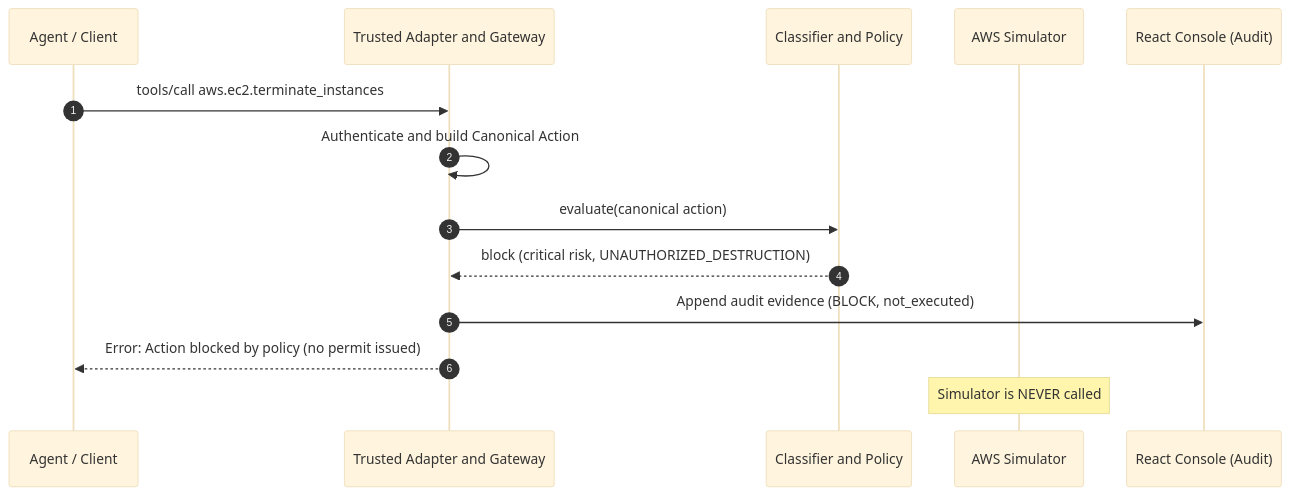
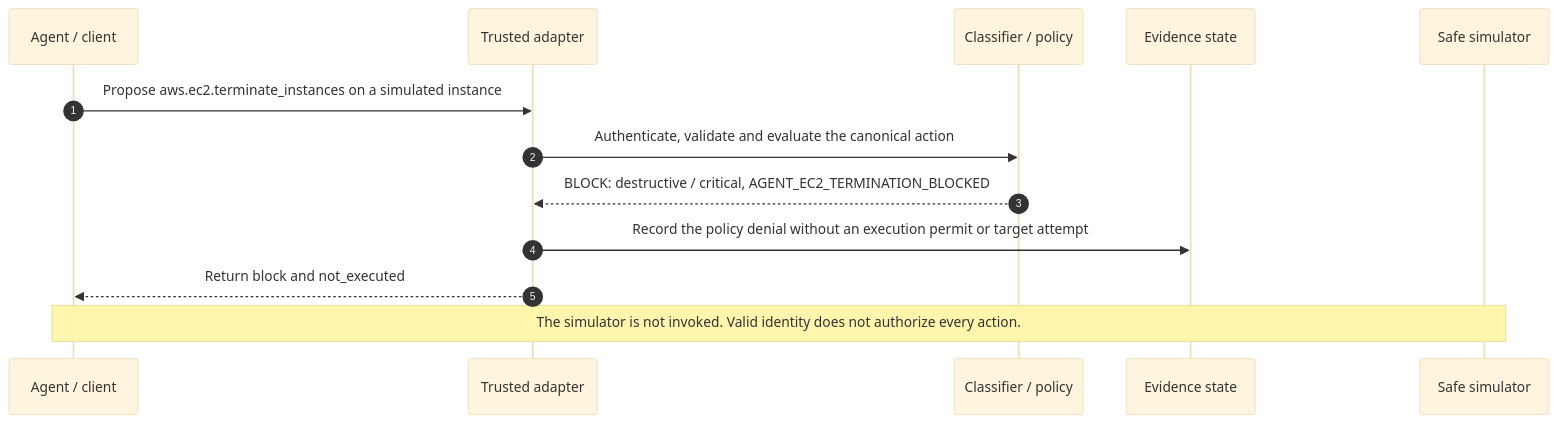
One commit to hemantkgupta/tracepermit changed the third of 10 diagrams in site/guide/core-flows.md. Above: the diagram before and after it, drawn with Mermaid (base theme). The commit also changed other lines of this file and 25 other files, not shown here.

Commit message:
docs: align nine action flows with verified runtime boundaries

````diff
--- a/site/guide/core-flows.md
+++ b/site/guide/core-flows.md
@@ -191,17 +174,15 @@
 ```mermaid
 sequenceDiagram
   autonumber
-  participant Agent as Agent / Client
-  participant Gateway as Trusted Adapter and Gateway
-  participant Policy as Classifier and Policy
-  participant Simulator as AWS Simulator
-  participant Console as React Console (Audit)
-
-  Agent->>Gateway: tools/call aws.ec2.terminate_instances
-  Gateway->>Gateway: Authenticate and build Canonical Action
-  Gateway->>Policy: evaluate(canonical action)
-  Policy-->>Gateway: block (critical risk, UNAUTHORIZED_DESTRUCTION)
-  Gateway->>Console: Append audit evidence (BLOCK, not_executed)
-  Gateway-->>Agent: Error: Action blocked by policy (no permit issued)
-  Note over Simulator: Simulator is NEVER called
+  participant C as Agent / client
+  participant G as Trusted adapter
+  participant P as Classifier / policy
+  participant D as Evidence state
+  participant S as Safe simulator
+  C->>G: Propose aws.ec2.terminate_instances on a simulated instance
+  G->>P: Authenticate, validate and evaluate the canonical action
+  P-->>G: BLOCK: destructive / critical, AGENT_EC2_TERMINATION_BLOCKED
+  G->>D: Record the policy denial without an execution permit or target attempt
+  G-->>C: Return block and not_executed
+  Note over C,S: The simulator is not invoked. Valid identity does not authorize every action.
 ```
````
